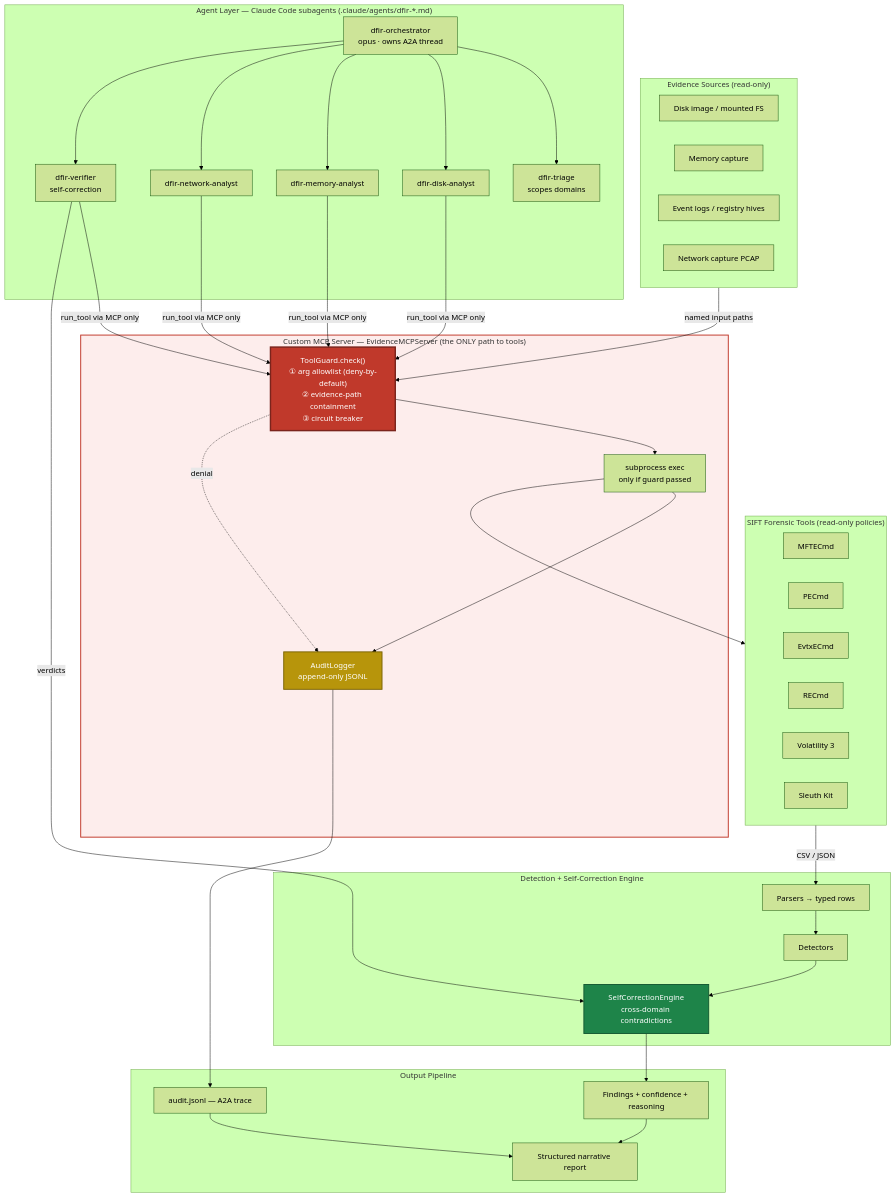
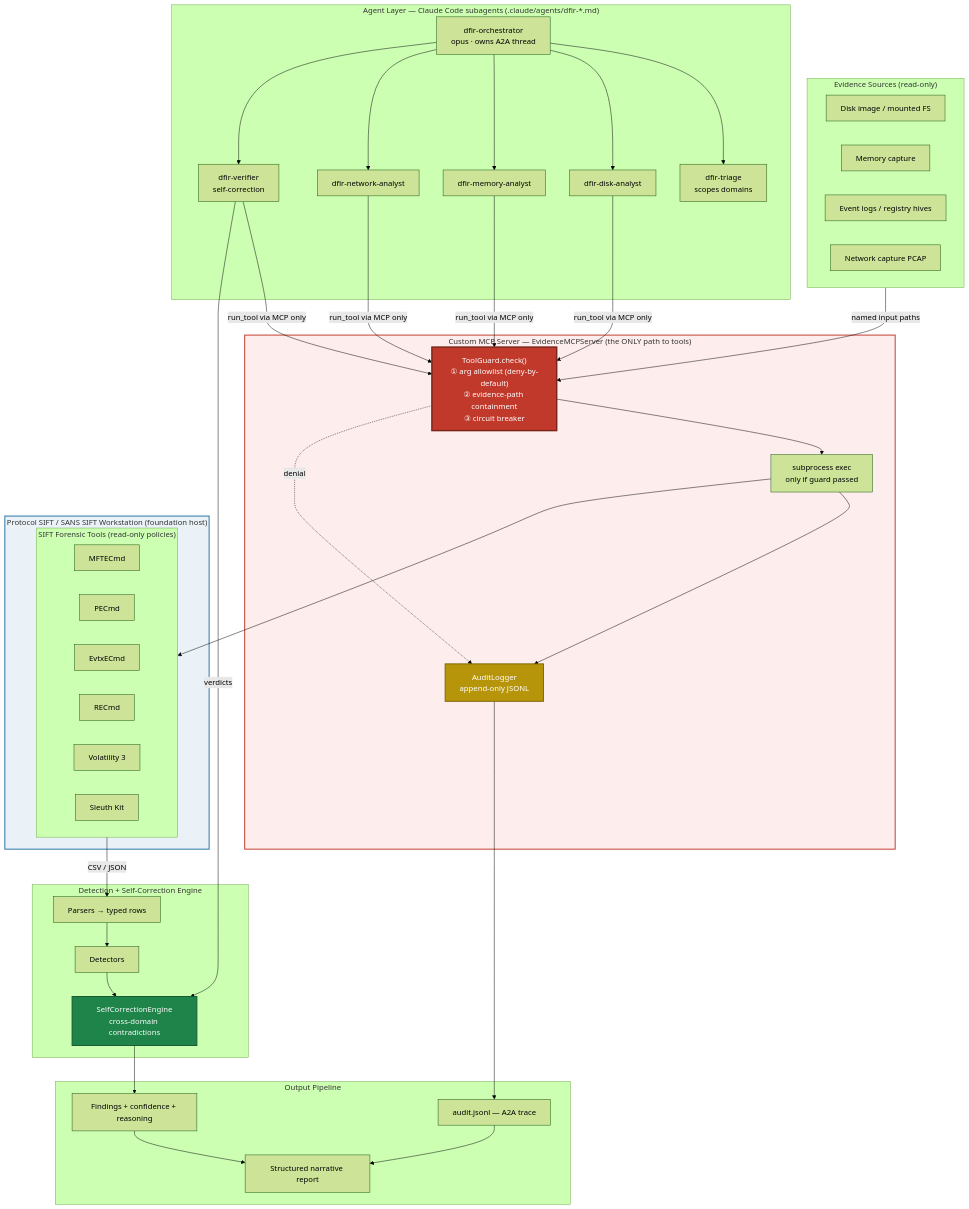
One commit to Strike48-public/4n6_nexus changed the first of 3 diagrams in docs/ARCHITECTURE_DIAGRAM.md. Above: the diagram before and after it, drawn with Mermaid (forest theme). The commit also changed other lines of this file and 1 other file, not shown here.

First line of the commit message:
docs: show Protocol SIFT as foundation layer in architecture diagram

````diff
--- a/docs/ARCHITECTURE_DIAGRAM.md
+++ b/docs/ARCHITECTURE_DIAGRAM.md
@@ -30,69 +65,72 @@
 ```mermaid
 graph TB
     subgraph EV["Evidence Sources (read-only)"]
         DISK[Disk image / mounted FS]
         MEM[Memory capture]
         LOGSRC[Event logs / registry hives]
         PCAP[Network capture PCAP]
     end
 
     subgraph AGENTS["Agent Layer — Claude Code subagents (.claude/agents/dfir-*.md)"]
         ORCH[dfir-orchestrator<br/>opus · owns A2A thread]
         TRIAGE[dfir-triage<br/>scopes domains]
         DA[dfir-disk-analyst]
         MA[dfir-memory-analyst]
         NA[dfir-network-analyst]
         VER[dfir-verifier<br/>self-correction]
         ORCH --> TRIAGE
         ORCH --> DA
         ORCH --> MA
         ORCH --> NA
         ORCH --> VER
     end
 
     subgraph BOUNDARY["Custom MCP Server — EvidenceMCPServer (the ONLY path to tools)"]
         GUARD["ToolGuard.check()<br/>① arg allowlist (deny-by-default)<br/>② evidence-path containment<br/>③ circuit breaker"]
         EXEC[subprocess exec<br/>only if guard passed]
         ALOG[AuditLogger<br/>append-only JSONL]
         GUARD --> EXEC
         GUARD -. denial .-> ALOG
         EXEC --> ALOG
     end
 
-    subgraph TOOLS["SIFT Forensic Tools (read-only policies)"]
-        MFTE[MFTECmd]
-        PEC[PECmd]
-        EVTX[EvtxECmd]
-        RECMD[RECmd]
-        VOL[Volatility 3]
-        TSK[Sleuth Kit]
+    subgraph FOUND["Protocol SIFT / SANS SIFT Workstation (foundation host)"]
+        subgraph TOOLS["SIFT Forensic Tools (read-only policies)"]
+            MFTE[MFTECmd]
+            PEC[PECmd]
+            EVTX[EvtxECmd]
+            RECMD[RECmd]
+            VOL[Volatility 3]
+            TSK[Sleuth Kit]
+        end
     end
 
     subgraph ENGINE["Detection + Self-Correction Engine"]
         PARSE[Parsers → typed rows]
         DET[Detectors]
         SC[SelfCorrectionEngine<br/>cross-domain contradictions]
     end
 
     subgraph OUT["Output Pipeline"]
         FIND[Findings + confidence + reasoning]
         AUDIT[audit.jsonl — A2A trace]
         REPORT[Structured narrative report]
     end
 
     DA & MA & NA & VER -->|run_tool via MCP only| GUARD
     EV -->|named input paths| GUARD
     EXEC --> TOOLS
     TOOLS -->|CSV / JSON| PARSE
     PARSE --> DET --> SC
     SC --> FIND
     VER -->|verdicts| SC
     ALOG --> AUDIT
     FIND --> REPORT
     AUDIT --> REPORT
 
     style GUARD fill:#c0392b,color:#fff,stroke:#7b241c,stroke-width:3px
     style ALOG fill:#b7950b,color:#fff,stroke:#7d6608,stroke-width:2px
     style SC fill:#1e8449,color:#fff,stroke:#145a32,stroke-width:2px
     style BOUNDARY fill:#fdedec,stroke:#c0392b,stroke-width:2px
+    style FOUND fill:#eaf2f8,stroke:#2471a3,stroke-width:2px
 ```
````
